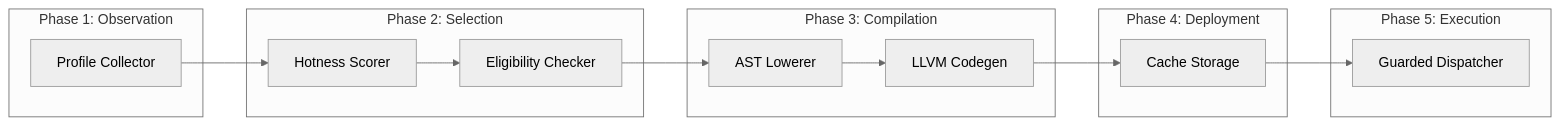
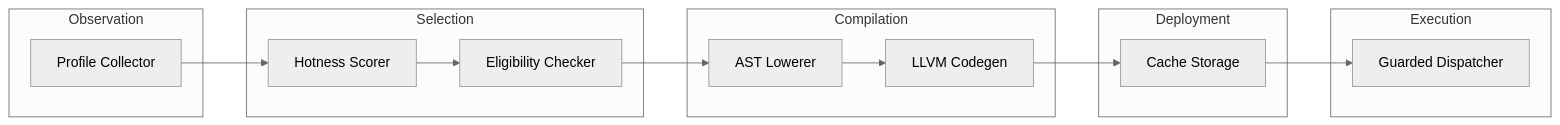
The first of 9 diagrams in ARCHITECTURE.md (ankitkpandey1/pyaot), drawn with Mermaid (neutral theme) before and after one commit. The commit also changed other lines of this file and 7 other files, not shown here.

````diff
--- a/ARCHITECTURE.md
+++ b/ARCHITECTURE.md
@@ -33,31 +33,31 @@
 ```mermaid
 graph LR
-    subgraph Phase1["Phase 1: Observation"]
+    subgraph Observation["Observation"]
         P1[Profile Collector]
     end
     
-    subgraph Phase2["Phase 2: Selection"]
+    subgraph Selection["Selection"]
         P2[Hotness Scorer]
         P3[Eligibility Checker]
     end
     
-    subgraph Phase3["Phase 3: Compilation"]
+    subgraph Compilation["Compilation"]
         P4[AST Lowerer]
         P5[LLVM Codegen]
     end
     
-    subgraph Phase4["Phase 4: Deployment"]
+    subgraph Deployment["Deployment"]
         P6[Cache Storage]
     end
     
-    subgraph Phase5["Phase 5: Execution"]
+    subgraph Execution["Execution"]
         P7[Guarded Dispatcher]
     end
     
     P1 --> P2
     P2 --> P3
     P3 --> P4
     P4 --> P5
     P5 --> P6
     P6 --> P7
 ```
````
